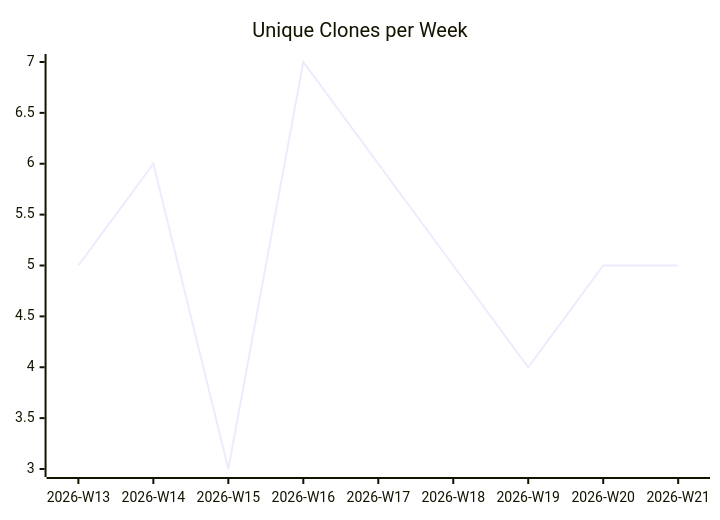
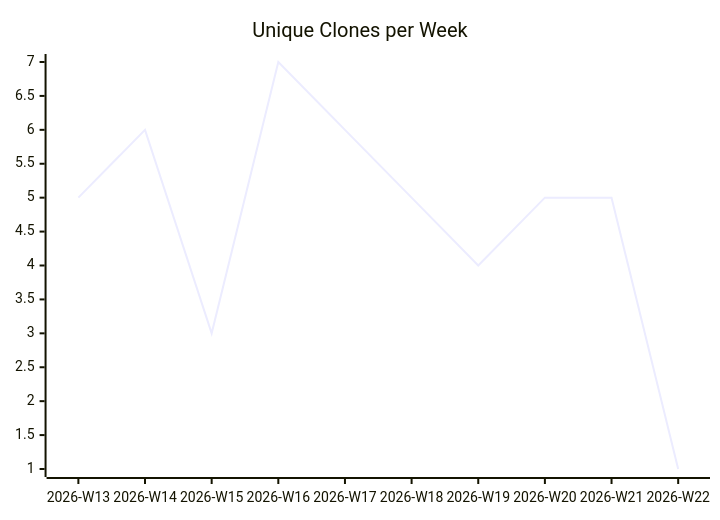
The third of 3 diagrams in karlmdavis/kxml2/README.md (justdavis-family/github-analytics-data), drawn with Mermaid before and after one commit. The commit also changed other lines of this file and 190 other files, not shown here.

````diff
--- a/karlmdavis/kxml2/README.md
+++ b/karlmdavis/kxml2/README.md
@@ -19,6 +19,6 @@
 ```mermaid
 xychart-beta
   title "Unique Clones per Week"
-  x-axis ["2026-W13", "2026-W14", "2026-W15", "2026-W16", "2026-W17", "2026-W18", "2026-W19", "2026-W20", "2026-W21"]
-  line [5, 6, 3, 7, 6, 5, 4, 5, 5]
+  x-axis ["2026-W13", "2026-W14", "2026-W15", "2026-W16", "2026-W17", "2026-W18", "2026-W19", "2026-W20", "2026-W21", "2026-W22"]
+  line [5, 6, 3, 7, 6, 5, 4, 5, 5, 1]
 ```
````
